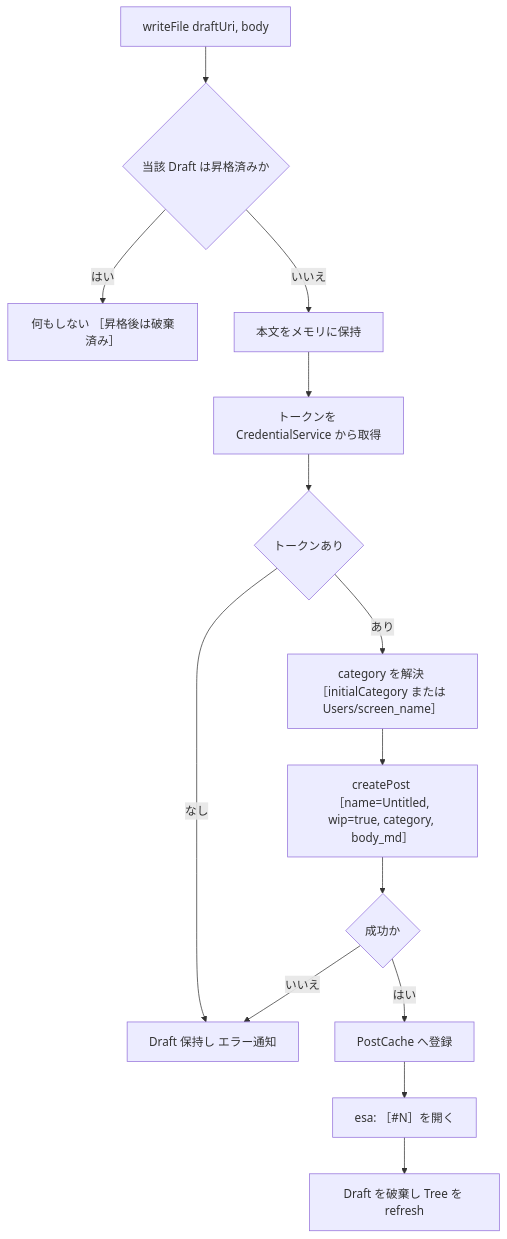
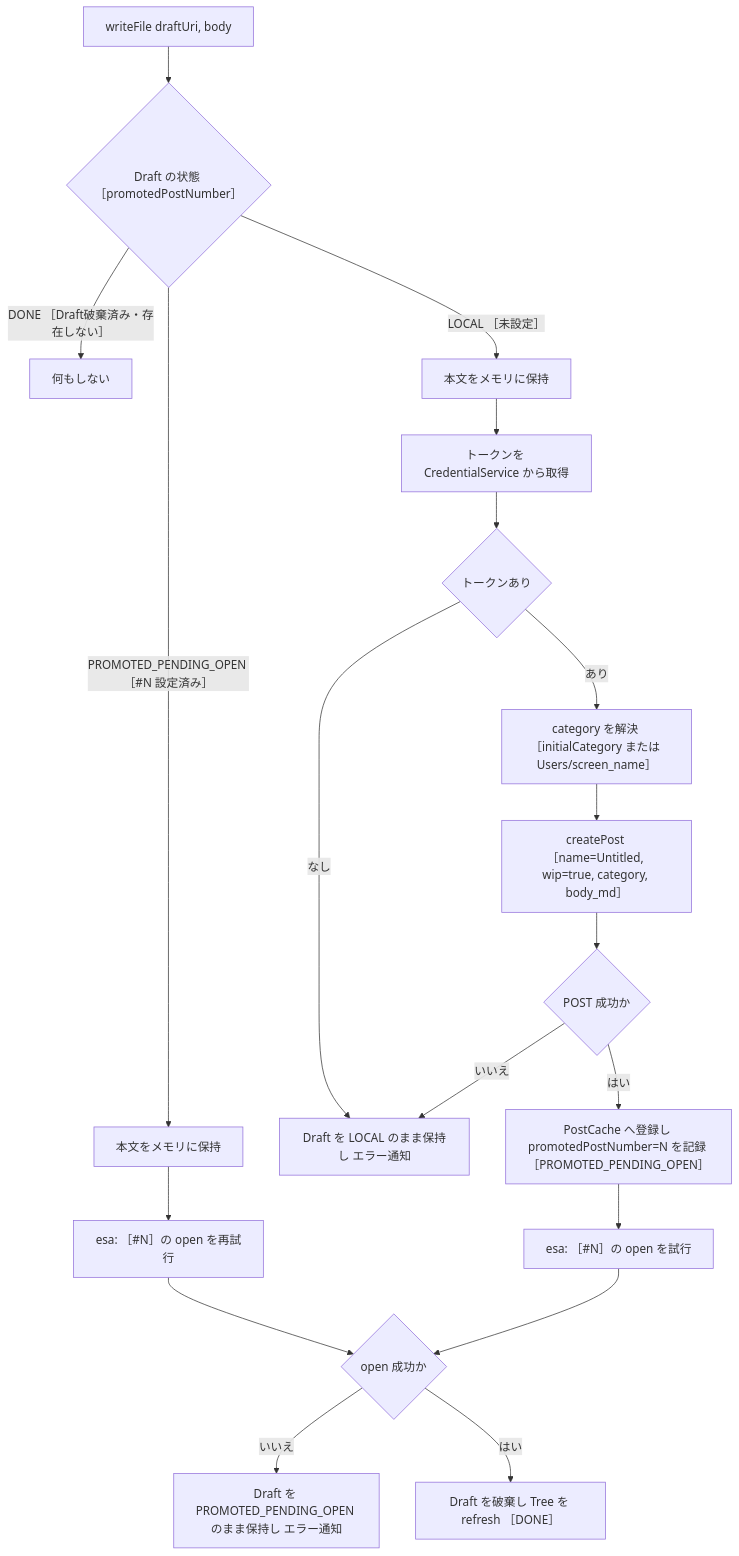
One commit to LevelCapCoJapanTools/vscode_esa_explorer changed the sixth of 8 diagrams in .github/copilot/plans/3-create-post.md. Above: the diagram before and after it, drawn with Mermaid. The commit also changed other lines of this file and 1 other file, not shown here.

````diff
--- a/.github/copilot/plans/3-create-post.md
+++ b/.github/copilot/plans/3-create-post.md
@@ -222,16 +245,21 @@
 ```mermaid
 flowchart TD
-    A["writeFile draftUri, body"] --> B{"当該 Draft は昇格済みか"}
-    B -->|"はい"| Z["何もしない ［昇格後は破棄済み］"]
-    B -->|"いいえ"| C["本文をメモリに保持"]
+    A["writeFile draftUri, body"] --> S{"Draft の状態 ［promotedPostNumber］"}
+    S -->|"DONE ［Draft破棄済み・存在しない］"| Z["何もしない"]
+    S -->|"PROMOTED_PENDING_OPEN ［#N 設定済み］"| R["本文をメモリに保持"]
+    R --> O["esa: ［#N］の open を再試行"]
+    O --> P{"open 成功か"}
+    P -->|"いいえ"| Y["Draft を PROMOTED_PENDING_OPEN のまま保持し エラー通知"]
+    P -->|"はい"| K["Draft を破棄し Tree を refresh ［DONE］"]
+    S -->|"LOCAL ［未設定］"| C["本文をメモリに保持"]
     C --> D["トークンを CredentialService から取得"]
     D --> E{"トークンあり"}
-    E -->|"なし"| Y["Draft 保持し エラー通知"]
+    E -->|"なし"| Y2["Draft を LOCAL のまま保持し エラー通知"]
     E -->|"あり"| F["category を解決 ［initialCategory または Users/screen_name］"]
     F --> G["createPost ［name=Untitled, wip=true, category, body_md］"]
-    G --> H{"成功か"}
-    H -->|"いいえ"| Y
-    H -->|"はい"| I["PostCache へ登録"]
-    I --> J["esa: ［#N］を開く"]
-    J --> K["Draft を破棄し Tree を refresh"]
+    G --> H{"POST 成功か"}
+    H -->|"いいえ"| Y2
+    H -->|"はい"| I["PostCache へ登録し promotedPostNumber=N を記録 ［PROMOTED_PENDING_OPEN］"]
+    I --> J["esa: ［#N］の open を試行"]
+    J --> P
 ```
````
